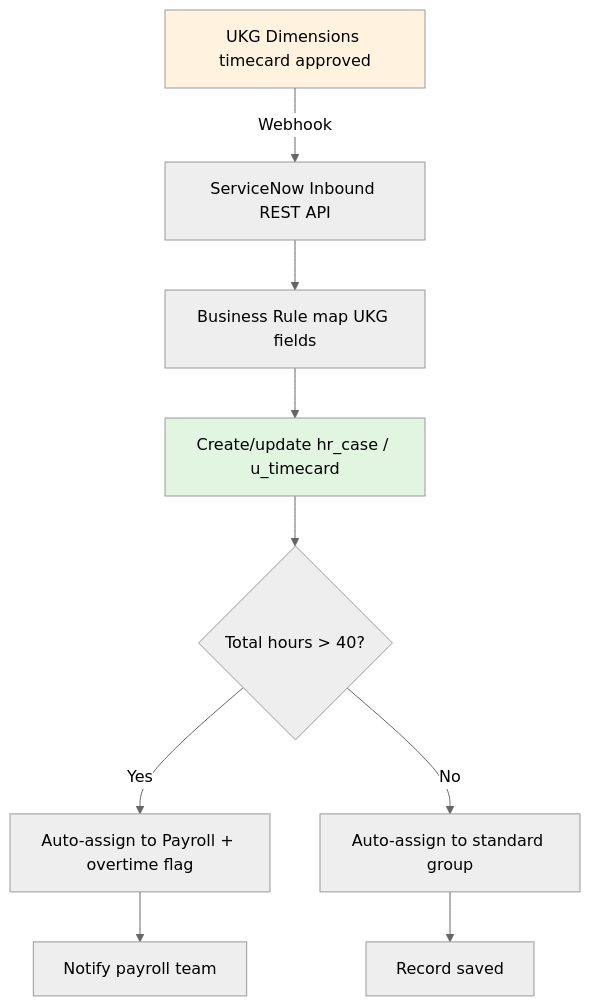
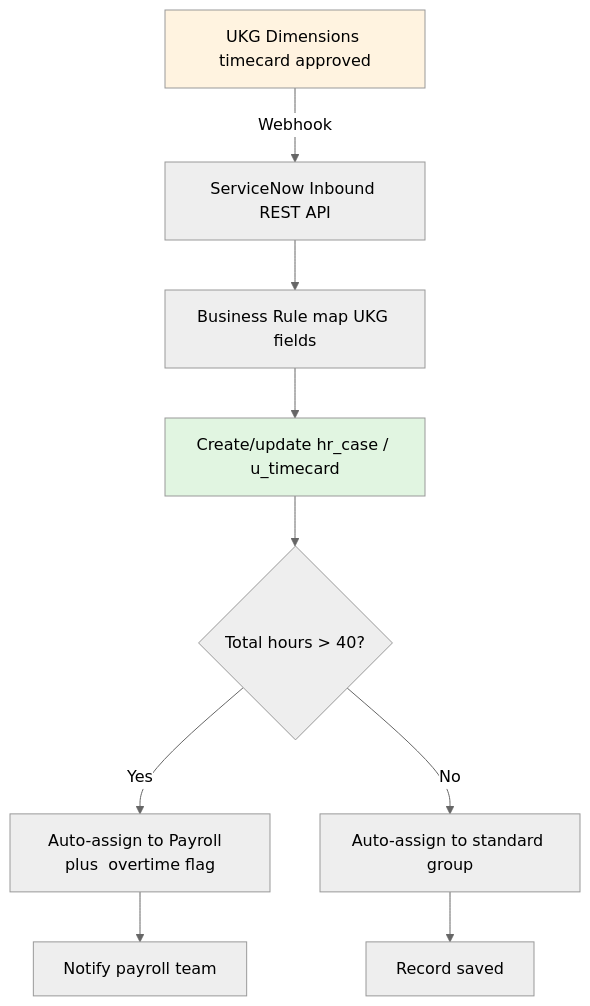
The second of 6 diagrams in docs/modules/other/other-guide.md (eltonaguiar/ServiceNow_Learning_TSOM-_CSM_FSM_SalesCRM_HAM_ITSM), drawn with Mermaid (neutral theme) before and after one commit. The commit also changed other lines of this file and 19 other files, not shown here.

Commit message:
Fix all Mermaid diagram special characters - replace dollar, parens, slashes, quotes, pipes, nested brackets and other unsafe chars inside brackets with safe alternatives across 19 files

````diff
--- a/docs/modules/other/other-guide.md
+++ b/docs/modules/other/other-guide.md
@@ -1331,14 +1331,14 @@
 ```mermaid
 flowchart TD
     UKG[UKG Dimensions timecard approved] -->|Webhook| API[ServiceNow Inbound REST API]
     API --> BR[Business Rule map UKG fields]
     BR --> Case[Create/update hr_case / u_timecard]
     Case --> Assign{Total hours > 40?}
-    Assign -->|Yes| OT[Auto-assign to Payroll + overtime flag]
+    Assign -->|Yes| OT[Auto-assign to Payroll  plus  overtime flag]
     Assign -->|No| Normal[Auto-assign to standard group]
     OT --> Notify[Notify payroll team]
     Normal --> Done[Record saved]
 
     style UKG fill:#fff3e0,color:#000
     style Case fill:#e1f5e1,color:#000
 ```
````
